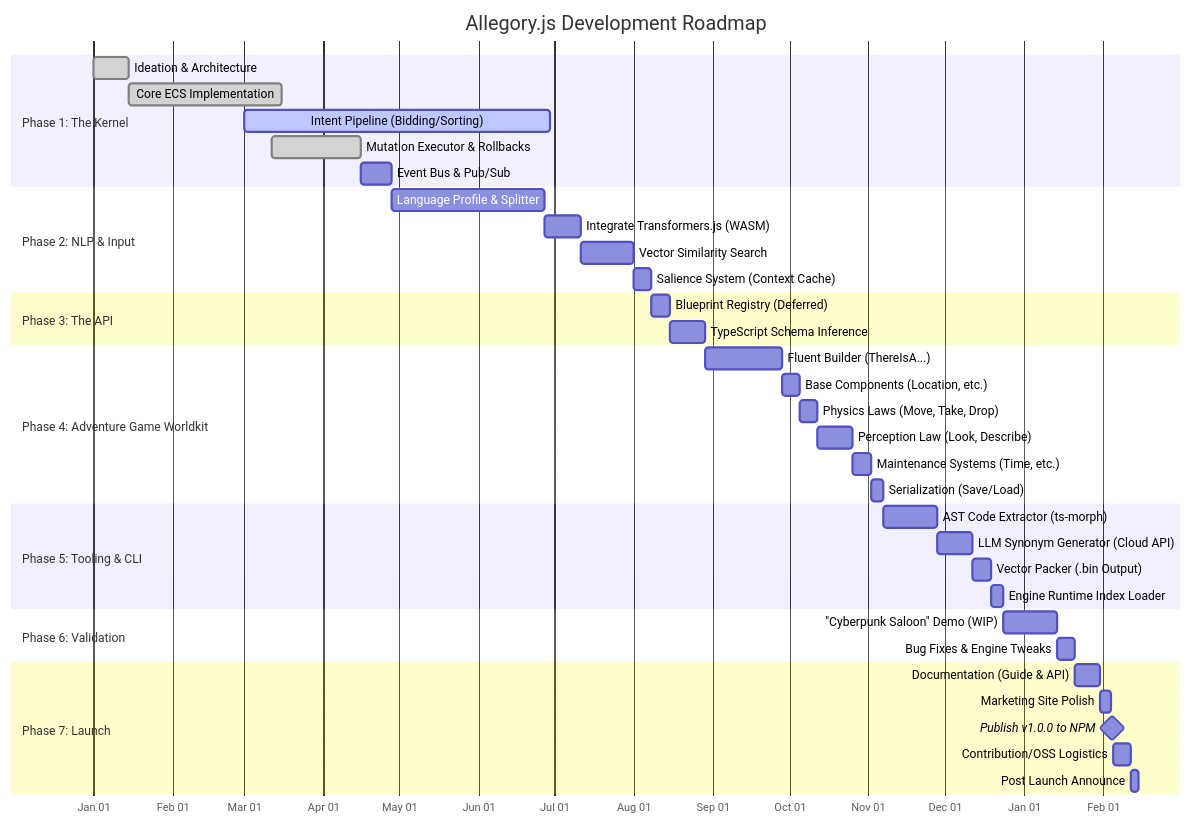
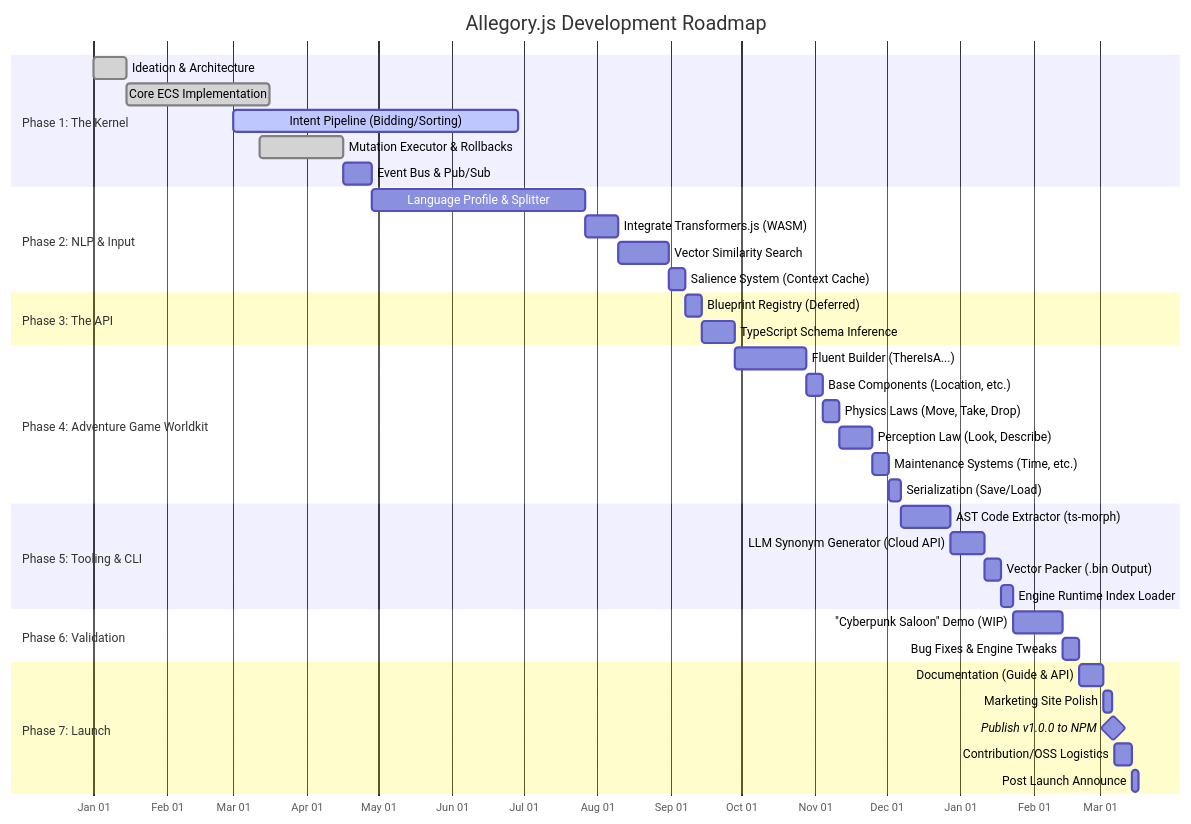
One commit to allegoryjs/allegoryjs changed the diagram in README.md. Above: the diagram before and after it, drawn with Mermaid.

Commit message:
update language splitter timing in readme

````diff
--- a/README.md
+++ b/README.md
@@ -54,48 +54,48 @@
 ```mermaid
 gantt
     title Allegory.js Development Roadmap
     dateFormat  YYYY-MM-DD
     axisFormat  %b %d
 
     section Phase 1: The Kernel
     Ideation & Architecture           :done,    p1_1, 2026-01-01, 14d
     Core ECS Implementation           :done,    p1_2, after p1_1, 60d
     Intent Pipeline (Bidding/Sorting) :active,  p1_3, 2026-03-01, 120d
     Mutation Executor & Rollbacks     :done,    p1_4, 2026-03-12, 35d
     Event Bus & Pub/Sub               :         p1_5, after p1_4, 12d
 
     section Phase 2: NLP & Input
-    Language Profile & Splitter       :         p2_1, after p1_5, 60d
+    Language Profile & Splitter       :         p2_1, after p1_5, 90d
     Integrate Transformers.js (WASM)  :         p2_2, after p2_1, 14d
     Vector Similarity Search          :         p2_3, after p2_2, 21d
     Salience System (Context Cache)   :         p2_4, after p2_3, 7d
 
     section Phase 3: The API
     Blueprint Registry (Deferred)     :         p3_1, after p2_4, 7d
     TypeScript Schema Inference       :         p3_2, after p3_1, 14d
 
     section Phase 4: Adventure Game Worldkit
     Fluent Builder (ThereIsA...)      :         p4_0, after p3_2, 30d
     Base Components (Location, etc.)  :         p4_1, after p4_0, 7d
     Physics Laws (Move, Take, Drop)   :         p4_2, after p4_1, 7d
     Perception Law (Look, Describe)   :         p4_3, after p4_2, 14d
     Maintenance Systems (Time, etc.)  :         p4_4, after p4_3, 7d
     Serialization (Save/Load)         :         p4_5, after p4_4, 5d
 
     section Phase 5: Tooling & CLI
     AST Code Extractor (ts-morph)     :         t1, after p4_5, 21d
     LLM Synonym Generator (Cloud API) :         t2, after t1, 14d
     Vector Packer (.bin Output)       :         t3, after t2, 7d
     Engine Runtime Index Loader       :         t4, after t3, 5d
 
     section Phase 6: Validation
     "Cyberpunk Saloon" Demo (WIP)     :         p5_1, after t4, 21d
     Bug Fixes & Engine Tweaks         :         p5_2, after p5_1, 7d
 
     section Phase 7: Launch
     Documentation (Guide & API)       :         p6_1, after p5_2, 10d
     Marketing Site Polish             :         p6_2, after p6_1, 4d
     Publish v1.0.0 to NPM             :milestone, m1, after p6_2, 1d
     Contribution/OSS Logistics        :         p6_3, after m1,   7d
     Post Launch Announce              :         p6_4, after p6_3, 3d
 ```
````
